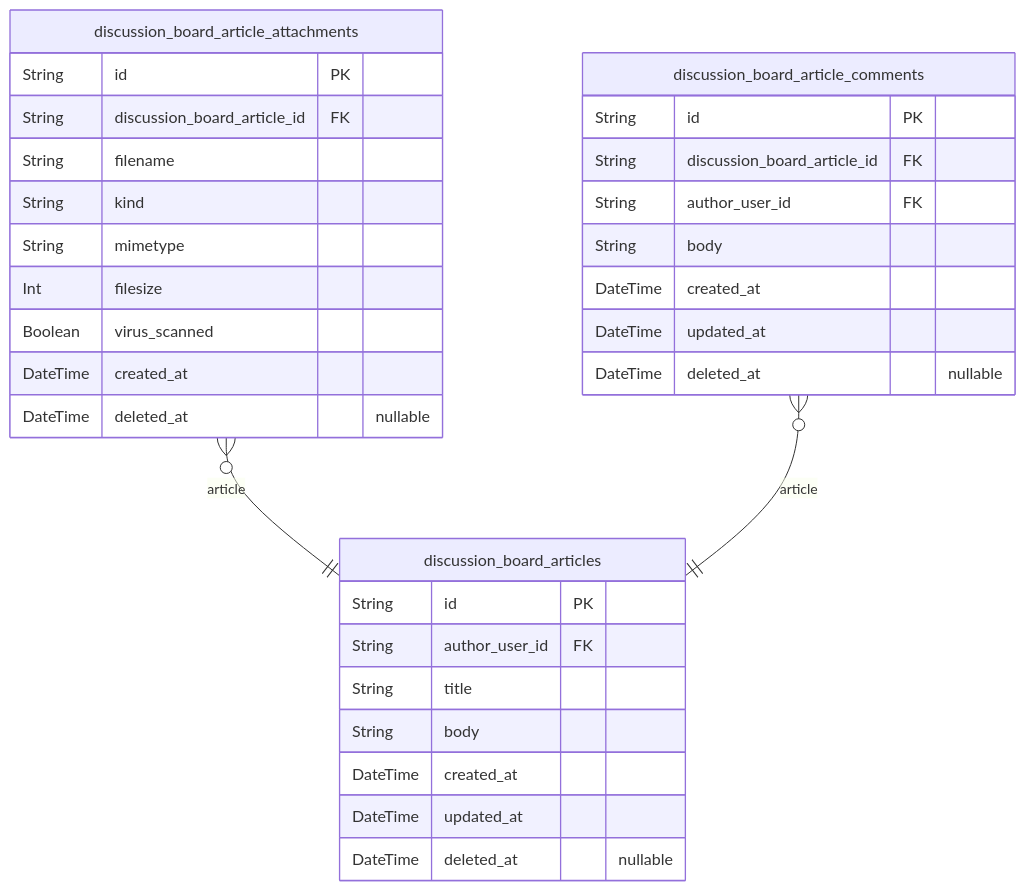
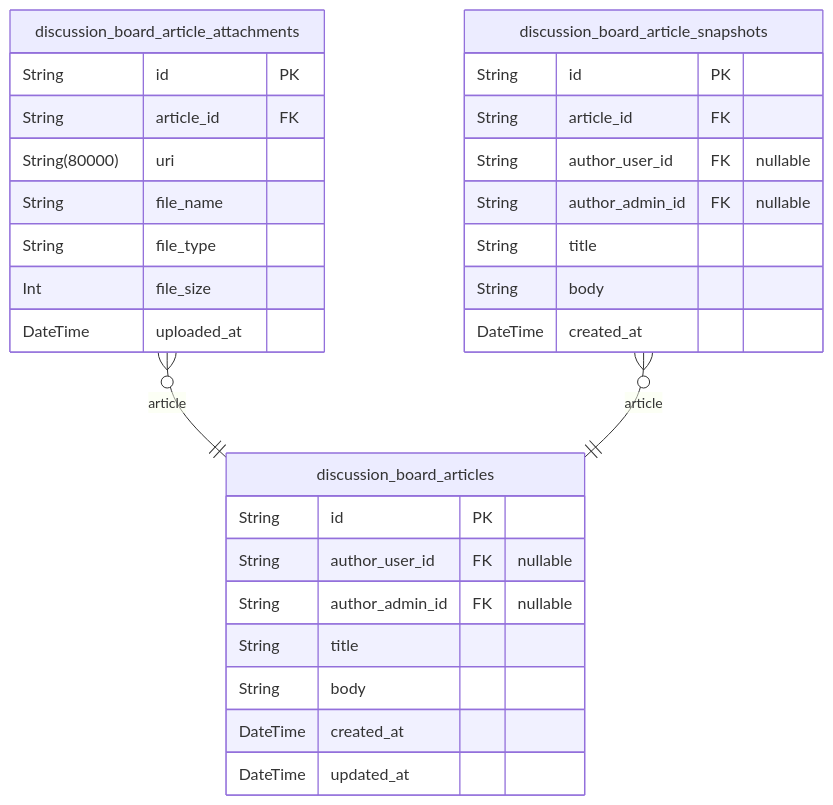
The third of 5 diagrams in openai/gpt-4.1/bbs/docs/ERD.md (wrtnlabs/autobe-examples), drawn with Mermaid before and after one commit. The commit also changed other lines of this file and 22498 other files, not shown here.

````diff
--- a/openai/gpt-4.1/bbs/docs/ERD.md
+++ b/openai/gpt-4.1/bbs/docs/ERD.md
@@ -162,34 +215,32 @@
 ```mermaid
 erDiagram
 "discussion_board_articles" {
   String id PK
-  String author_user_id FK
+  String author_user_id FK "nullable"
+  String author_admin_id FK "nullable"
   String title
   String body
   DateTime created_at
   DateTime updated_at
-  DateTime deleted_at "nullable"
 }
 "discussion_board_article_attachments" {
   String id PK
-  String discussion_board_article_id FK
-  String filename
-  String kind
-  String mimetype
-  Int filesize
-  Boolean virus_scanned
-  DateTime created_at
-  DateTime deleted_at "nullable"
+  String article_id FK
+  String(80000) uri
+  String file_name
+  String file_type
+  Int file_size
+  DateTime uploaded_at
 }
-"discussion_board_article_comments" {
+"discussion_board_article_snapshots" {
   String id PK
-  String discussion_board_article_id FK
-  String author_user_id FK
+  String article_id FK
+  String author_user_id FK "nullable"
+  String author_admin_id FK "nullable"
+  String title
   String body
   DateTime created_at
-  DateTime updated_at
-  DateTime deleted_at "nullable"
 }
 "discussion_board_article_attachments" }o--|| "discussion_board_articles" : article
-"discussion_board_article_comments" }o--|| "discussion_board_articles" : article
+"discussion_board_article_snapshots" }o--|| "discussion_board_articles" : article
 ```
````
